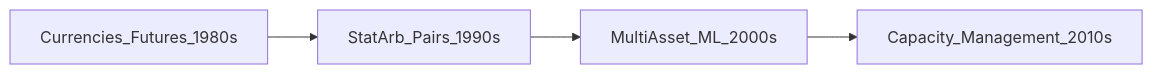
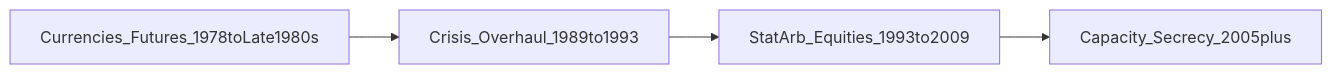
The diagram in research/phase_01_history/strategy_evolution.md (nvavrock/medallion), drawn with Mermaid before and after one commit. The commit also changed other lines of this file and 11 other files, not shown here.

````diff
--- a/research/phase_01_history/strategy_evolution.md
+++ b/research/phase_01_history/strategy_evolution.md
@@ -3,6 +7,6 @@
 ```mermaid
 flowchart LR
-  A[Currencies_Futures_1980s] --> B[StatArb_Pairs_1990s]
-  B --> C[MultiAsset_ML_2000s]
-  C --> D[Capacity_Management_2010s]
+  A[Currencies_Futures_1978toLate1980s] --> B[Crisis_Overhaul_1989to1993]
+  B --> C[StatArb_Equities_1993to2009]
+  C --> D[Capacity_Secrecy_2005plus]
 ```
````
